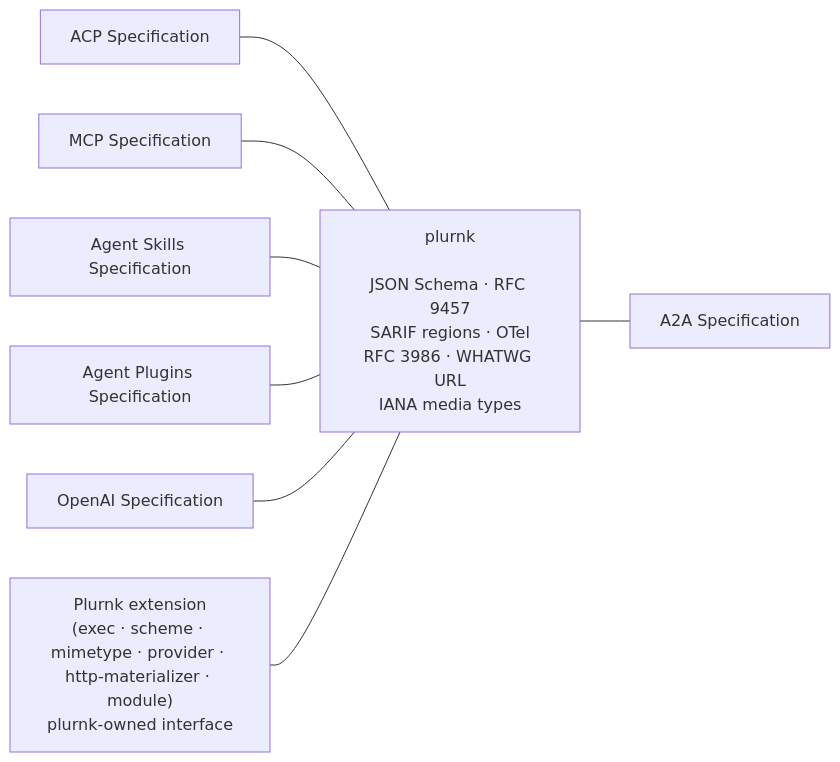
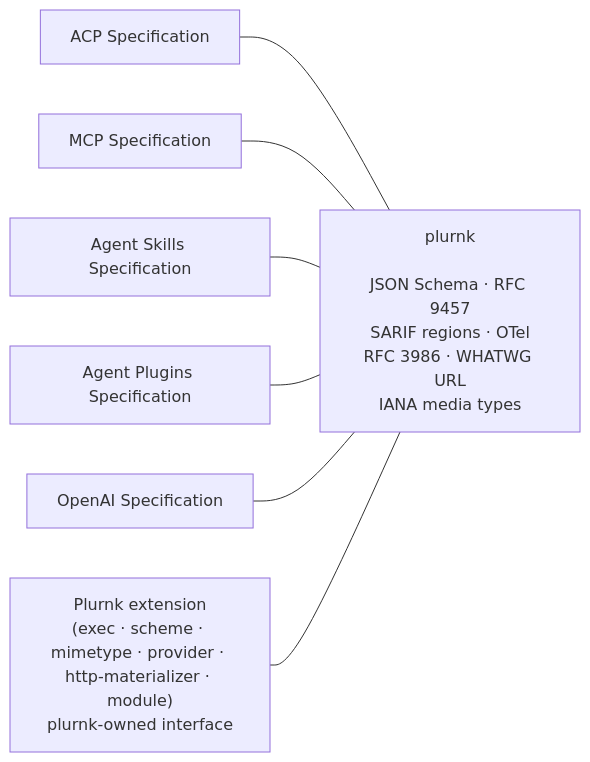
The first of 5 diagrams in ARCHITECTURE.md (plurnk/plurnk-service), drawn with Mermaid before and after one commit. The commit also changed other lines of this file and 126 other files, not shown here.

````diff
--- a/ARCHITECTURE.md
+++ b/ARCHITECTURE.md
@@ -14,11 +14,9 @@
 ```mermaid
 flowchart LR
     ACP["ACP Specification"] --- PLURNK["plurnk<br/><br/>JSON Schema · RFC 9457<br/>SARIF regions · OTel<br/>RFC 3986 · WHATWG URL<br/>IANA media types"]
     MCP["MCP Specification"] --- PLURNK
     SKILLS["Agent Skills Specification"] --- PLURNK
     PLUGINS["Agent Plugins Specification"] --- PLURNK
     OPENAI["OpenAI Specification"] --- PLURNK
     EXTENSION["Plurnk extension<br/>(exec · scheme · mimetype · provider · http-materializer · module)<br/>plurnk-owned interface"] --- PLURNK
-
-    PLURNK --- A2A["A2A Specification"]
 ```
````
